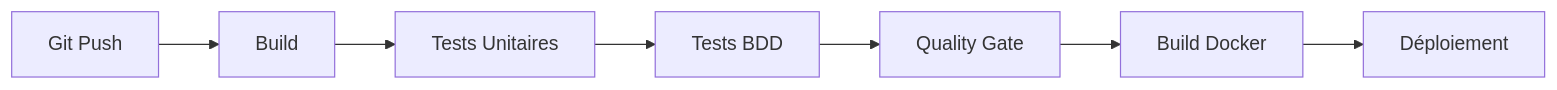
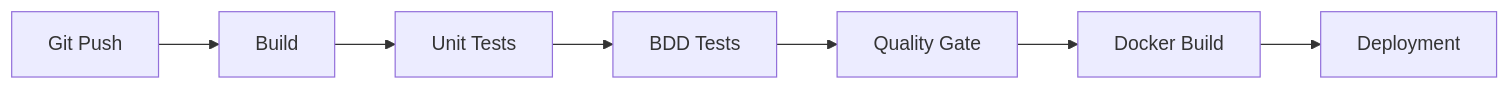
One commit to hediloup/medhead changed the first of 2 diagrams in README.md. Above: the diagram before and after it, drawn with Mermaid. The commit also changed other lines of this file and 41802 other files, not shown here.

````diff
--- a/README.md
+++ b/README.md
@@ -191,9 +191,9 @@
 ```mermaid
 graph LR
     A[Git Push] --> B[Build]
-    B --> C[Tests Unitaires]
-    C --> D[Tests BDD]
+    B --> C[Unit Tests]
+    C --> D[BDD Tests]
     D --> E[Quality Gate]
-    E --> F[Build Docker]
-    F --> G[Déploiement]
+    E --> F[Docker Build]
+    F --> G[Deployment]
 ```
````
